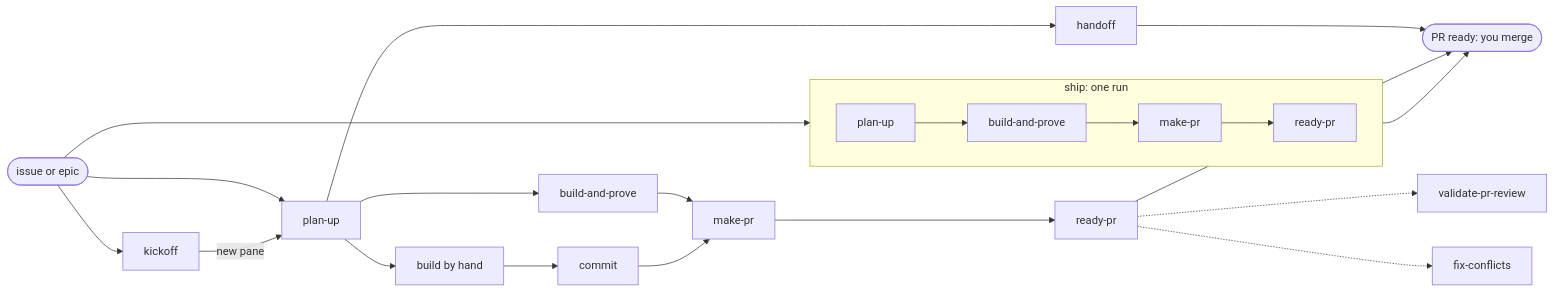
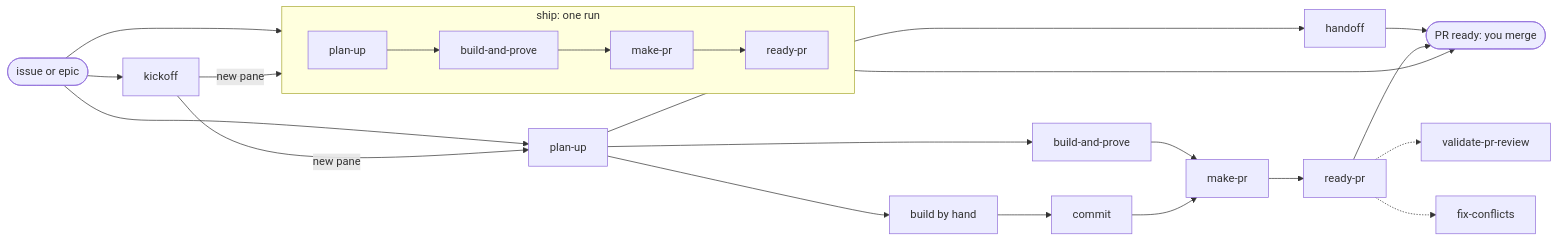
The second of 2 diagrams in README.md (linhvu0711/skills), drawn with Mermaid before and after one commit. The commit also changed other lines of this file and 7 other files, not shown here.

````diff
--- a/README.md
+++ b/README.md
@@ -36,20 +36,21 @@
 ```mermaid
 flowchart LR
   ticket([issue or epic]) --> ship
   ticket --> kickoff
   ticket --> planup[plan-up]
   kickoff -->|new pane| planup
+  kickoff -->|new pane| ship
   subgraph ship [ship: one run]
     direction LR
     sp[plan-up] --> sb[build-and-prove] --> sm[make-pr] --> sr[ready-pr]
   end
   planup --> bp[build-and-prove] --> makepr
   planup --> ho[handoff]
   planup --> hand[build by hand]
   hand --> gitcommit[commit] --> makepr[make-pr] --> readypr[ready-pr]
   ship --> done([PR ready: you merge])
   ho --> done
   readypr --> done
   readypr -.-> vpr[validate-pr-review]
   readypr -.-> fc[fix-conflicts]
 ```
````
